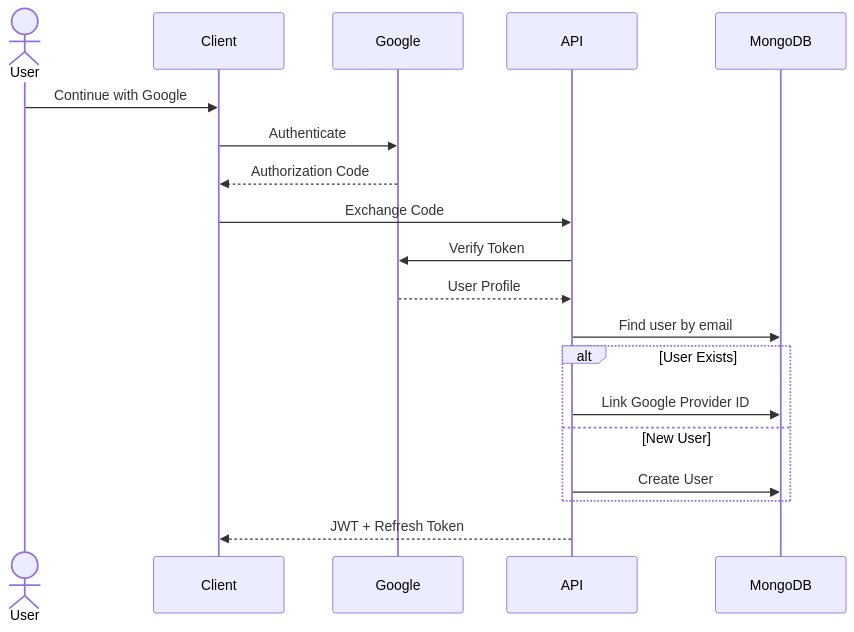
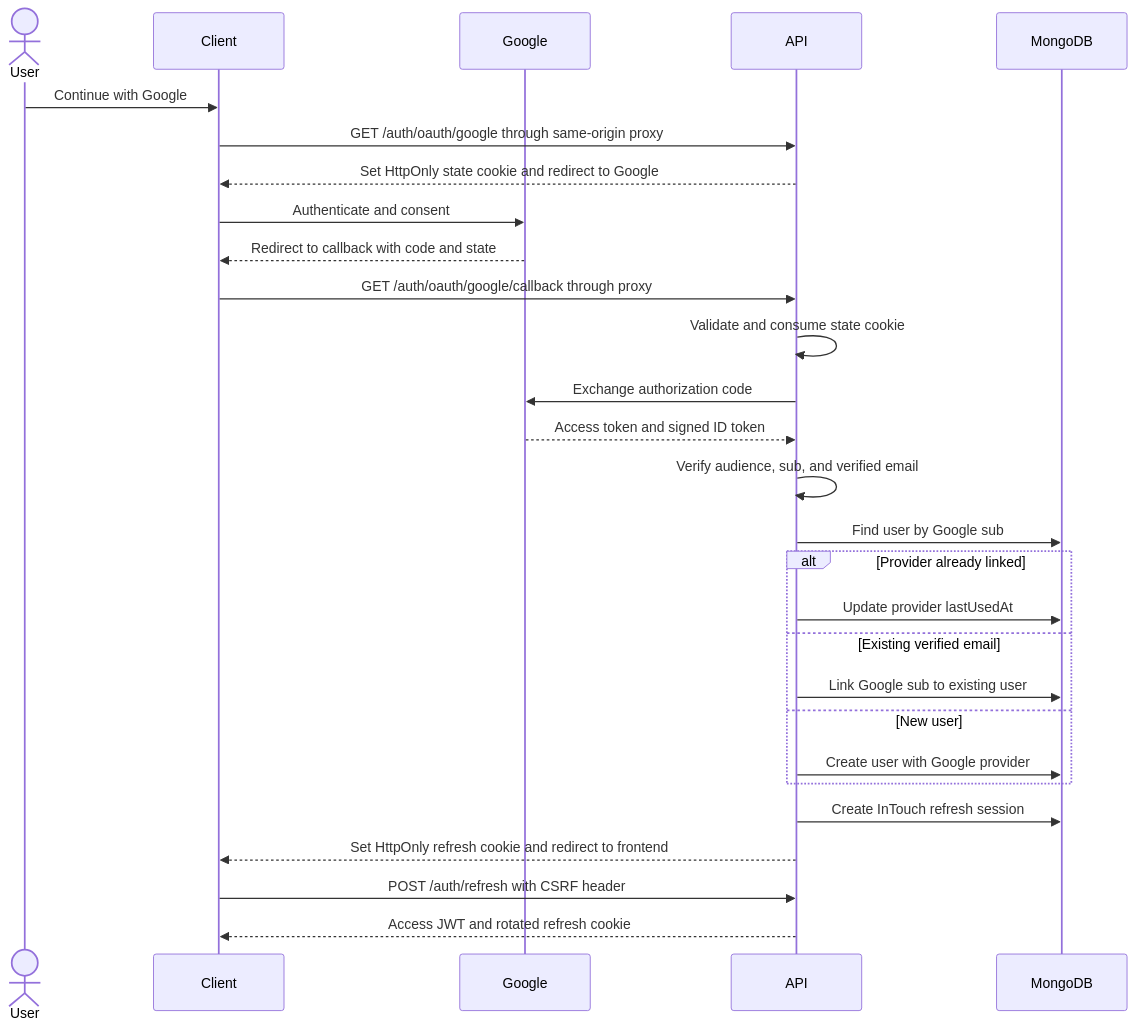
One commit to RamyMohamed47/intouch-chatapp changed the diagram in .agents/features/auth/Sequence - Oauth.md. Above: the diagram before and after it, drawn with Mermaid. The commit also changed other lines of this file and 43 other files, not shown here.

Commit message:
feat: implement google oauth

````diff
--- a/.agents/features/auth/Sequence - Oauth.md
+++ b/.agents/features/auth/Sequence - Oauth.md
@@ -1,35 +1,33 @@
 ```mermaid
 sequenceDiagram
-
     actor User
-
     participant Client
-
     participant Google
-
     participant API
-
     participant MongoDB
 
     User->>Client: Continue with Google
+    Client->>API: GET /auth/oauth/google through same-origin proxy
+    API-->>Client: Set HttpOnly state cookie and redirect to Google
+    Client->>Google: Authenticate and consent
+    Google-->>Client: Redirect to callback with code and state
+    Client->>API: GET /auth/oauth/google/callback through proxy
+    API->>API: Validate and consume state cookie
+    API->>Google: Exchange authorization code
+    Google-->>API: Access token and signed ID token
+    API->>API: Verify audience, sub, and verified email
+    API->>MongoDB: Find user by Google sub
 
-    Client->>Google: Authenticate
-
-    Google-->>Client: Authorization Code
-
-    Client->>API: Exchange Code
-
-    API->>Google: Verify Token
-
-    Google-->>API: User Profile
-
-    API->>MongoDB: Find user by email
-
-    alt User Exists
-        API->>MongoDB: Link Google Provider ID
-    else New User
-        API->>MongoDB: Create User
+    alt Provider already linked
+        API->>MongoDB: Update provider lastUsedAt
+    else Existing verified email
+        API->>MongoDB: Link Google sub to existing user
+    else New user
+        API->>MongoDB: Create user with Google provider
     end
 
-    API-->>Client: JWT + Refresh Token
+    API->>MongoDB: Create InTouch refresh session
+    API-->>Client: Set HttpOnly refresh cookie and redirect to frontend
+    Client->>API: POST /auth/refresh with CSRF header
+    API-->>Client: Access JWT and rotated refresh cookie
 ```
````
